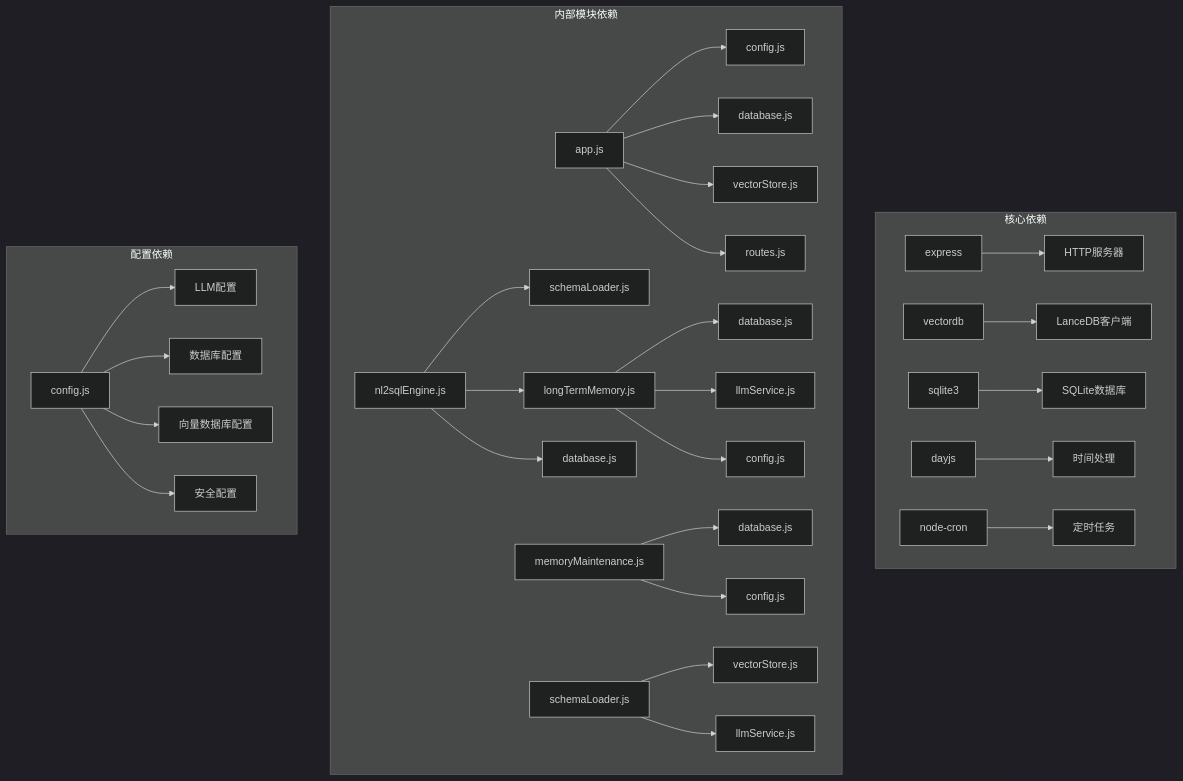
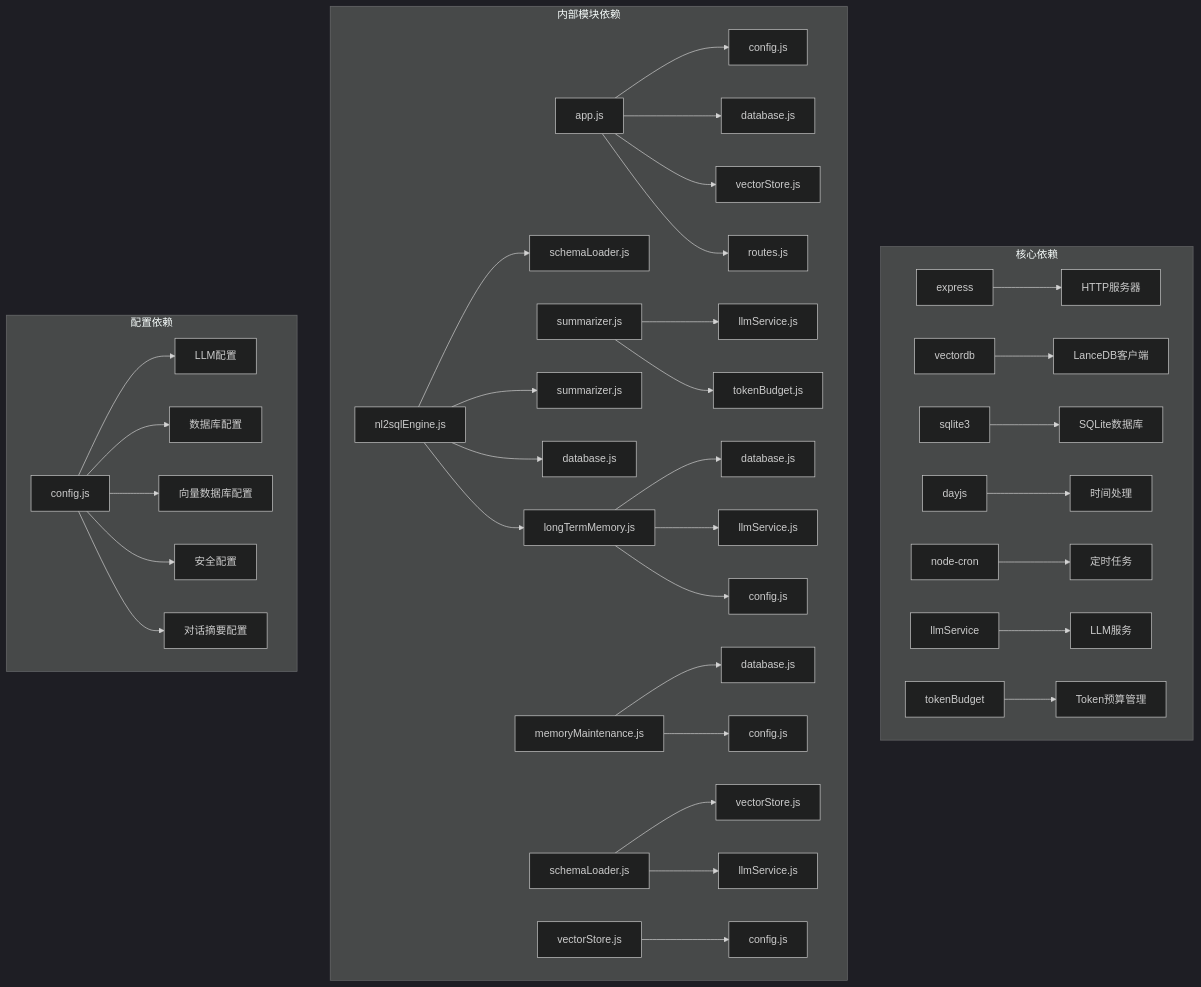
Before and after one commit to HanHuiOnLine/724-office: the sixth of 6 diagrams in .qoder/repowiki/zh/content/核心模块详解/NL2SQL自然语言到SQL系统/NL2SQL长期记忆系统.md, drawn with Mermaid (dark theme). The commit also changed other lines of this file and 10 other files, not shown here.

````diff
--- a/.qoder/repowiki/zh/content/核心模块详解/NL2SQL自然语言到SQL系统/NL2SQL长期记忆系统.md
+++ b/.qoder/repowiki/zh/content/核心模块详解/NL2SQL自然语言到SQL系统/NL2SQL长期记忆系统.md
@@ -398,32 +470,39 @@
 ```mermaid
 graph TD
 subgraph "核心依赖"
 A[express] --> B[HTTP服务器]
 C[vectordb] --> D[LanceDB客户端]
 E[sqlite3] --> F[SQLite数据库]
 G[dayjs] --> H[时间处理]
 I[node-cron] --> J[定时任务]
+K[llmService] --> L[LLM服务]
+M[tokenBudget] --> N[Token预算管理]
 end
 subgraph "内部模块依赖"
-K[app.js] --> L[config.js]
-K --> M[database.js]
-K --> N[vectorStore.js]
-K --> O[routes.js]
-P[nl2sqlEngine.js] --> Q[schemaLoader.js]
-P --> R[longTermMemory.js]
-P --> S[database.js]
-R --> T[database.js]
-R --> U[llmService.js]
-R --> V[config.js]
-W[memoryMaintenance.js] --> X[database.js]
-W --> Y[config.js]
-Z[schemaLoader.js] --> AA[vectorStore.js]
-Z --> AB[llmService.js]
+O[app.js] --> P[config.js]
+O --> Q[database.js]
+O --> R[vectorStore.js]
+O --> S[routes.js]
+T[nl2sqlEngine.js] --> U[schemaLoader.js]
+T --> V[longTermMemory.js]
+T --> W[summarizer.js]
+T --> X[database.js]
+Y[summarizer.js] --> Z[llmService.js]
+Y --> AA[tokenBudget.js]
+V --> AB[database.js]
+V --> AC[llmService.js]
+V --> AD[config.js]
+AE[memoryMaintenance.js] --> AF[database.js]
+AE --> AG[config.js]
+AH[schemaLoader.js] --> AI[vectorStore.js]
+AH --> AJ[llmService.js]
+AK[vectorStore.js] --> AL[config.js]
 end
 subgraph "配置依赖"
-AC[config.js] --> AD[LLM配置]
-AC --> AE[数据库配置]
-AC --> AF[向量数据库配置]
-AC --> AG[安全配置]
+AM[config.js] --> AN[LLM配置]
+AM --> AO[数据库配置]
+AM --> AP[向量数据库配置]
+AM --> AQ[安全配置]
+AM --> AR[对话摘要配置]
 end
 ```
````
